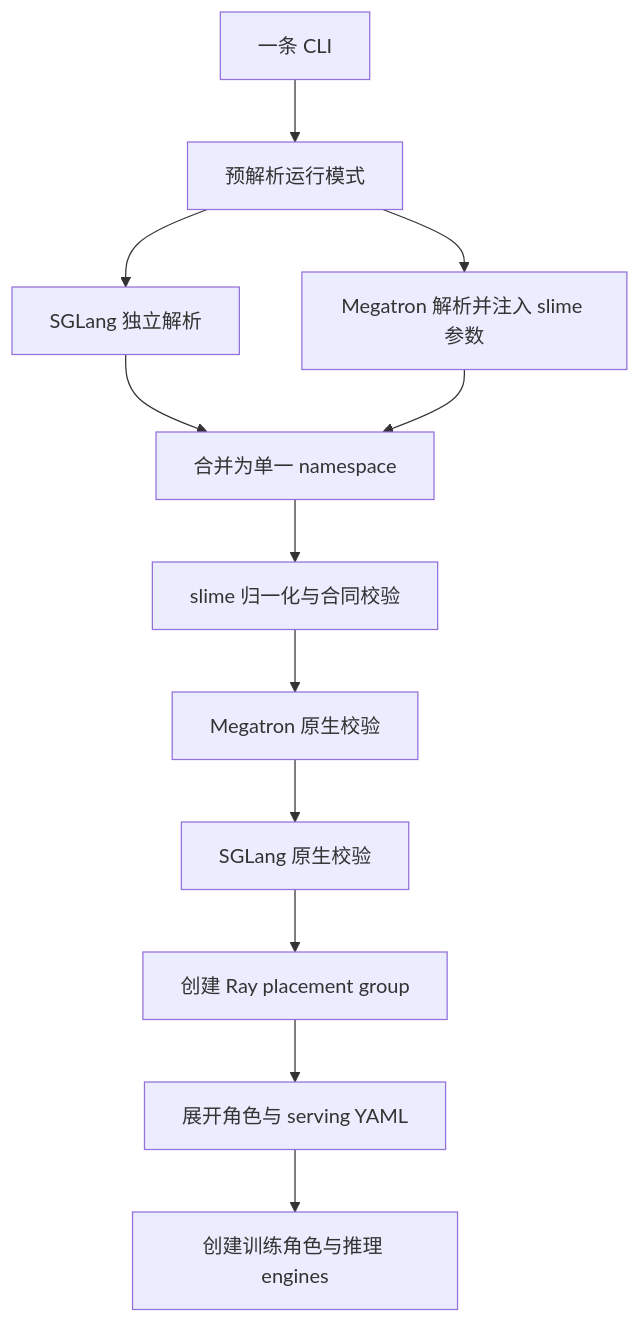
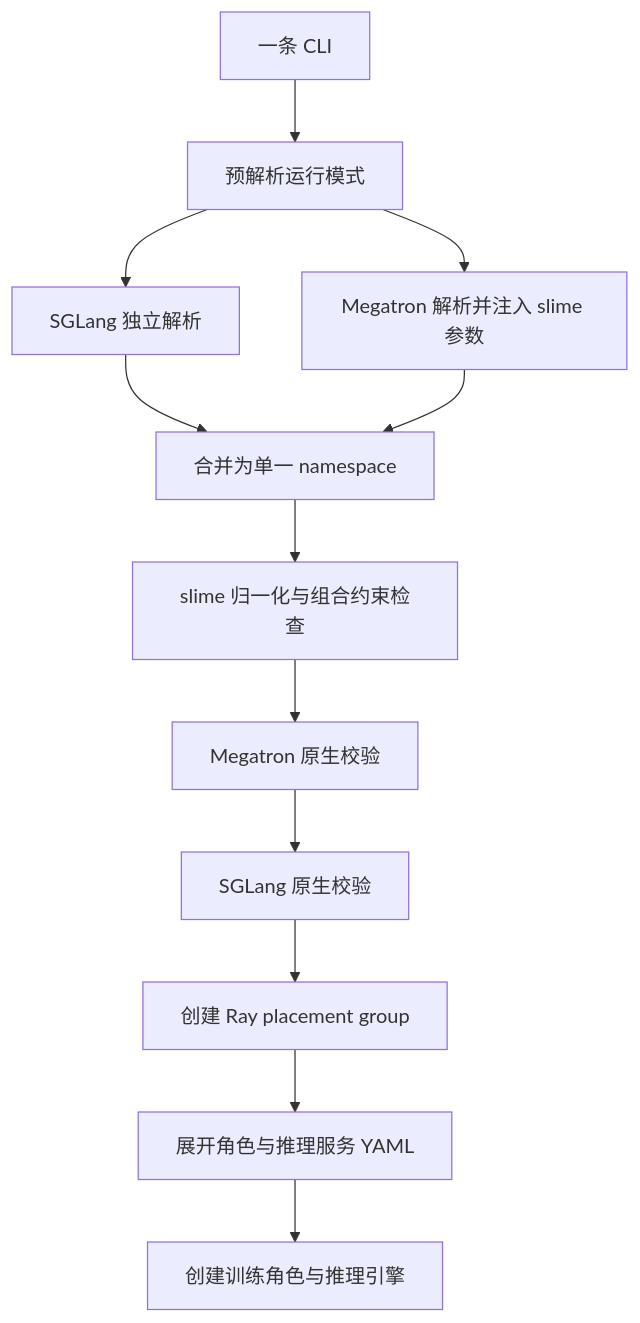
One commit to suhaibo666/llm-knowledge changed the diagram in wiki/02_engineering/04_posttrain_frameworks/slime/02_slime_quickstart_and_configuration_guide.md. Above: the diagram before and after it, drawn with Mermaid. The commit also changed other lines of this file and 21 other files, not shown here.

````diff
--- a/wiki/02_engineering/04_posttrain_frameworks/slime/02_slime_quickstart_and_configuration_guide.md
+++ b/wiki/02_engineering/04_posttrain_frameworks/slime/02_slime_quickstart_and_configuration_guide.md
@@ -50,14 +50,14 @@
 ```mermaid
 flowchart TB
     CLI["一条 CLI"] --> PRE["预解析运行模式"]
     PRE --> SGL["SGLang 独立解析"]
     PRE --> MEG["Megatron 解析并注入 slime 参数"]
     SGL --> NS["合并为单一 namespace"]
     MEG --> NS
-    NS --> SV["slime 归一化与合同校验"]
+    NS --> SV["slime 归一化与组合约束检查"]
     SV --> MV["Megatron 原生校验"]
     MV --> GV["SGLang 原生校验"]
     GV --> RAY["创建 Ray placement group"]
-    RAY --> YAML["展开角色与 serving YAML"]
-    YAML --> OBJ["创建训练角色与推理 engines"]
+    RAY --> YAML["展开角色与推理服务 YAML"]
+    YAML --> OBJ["创建训练角色与推理引擎"]
 ```
````
